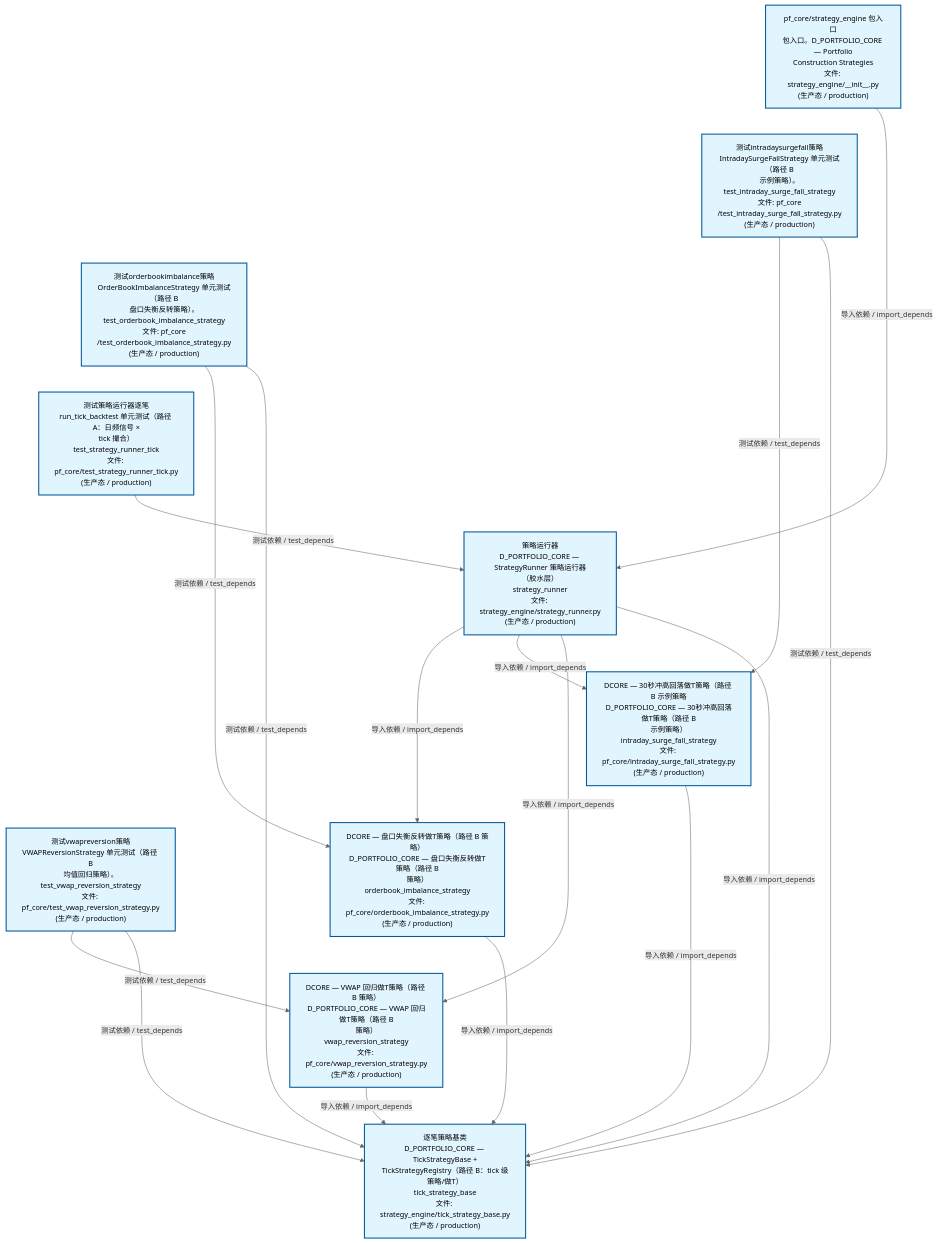
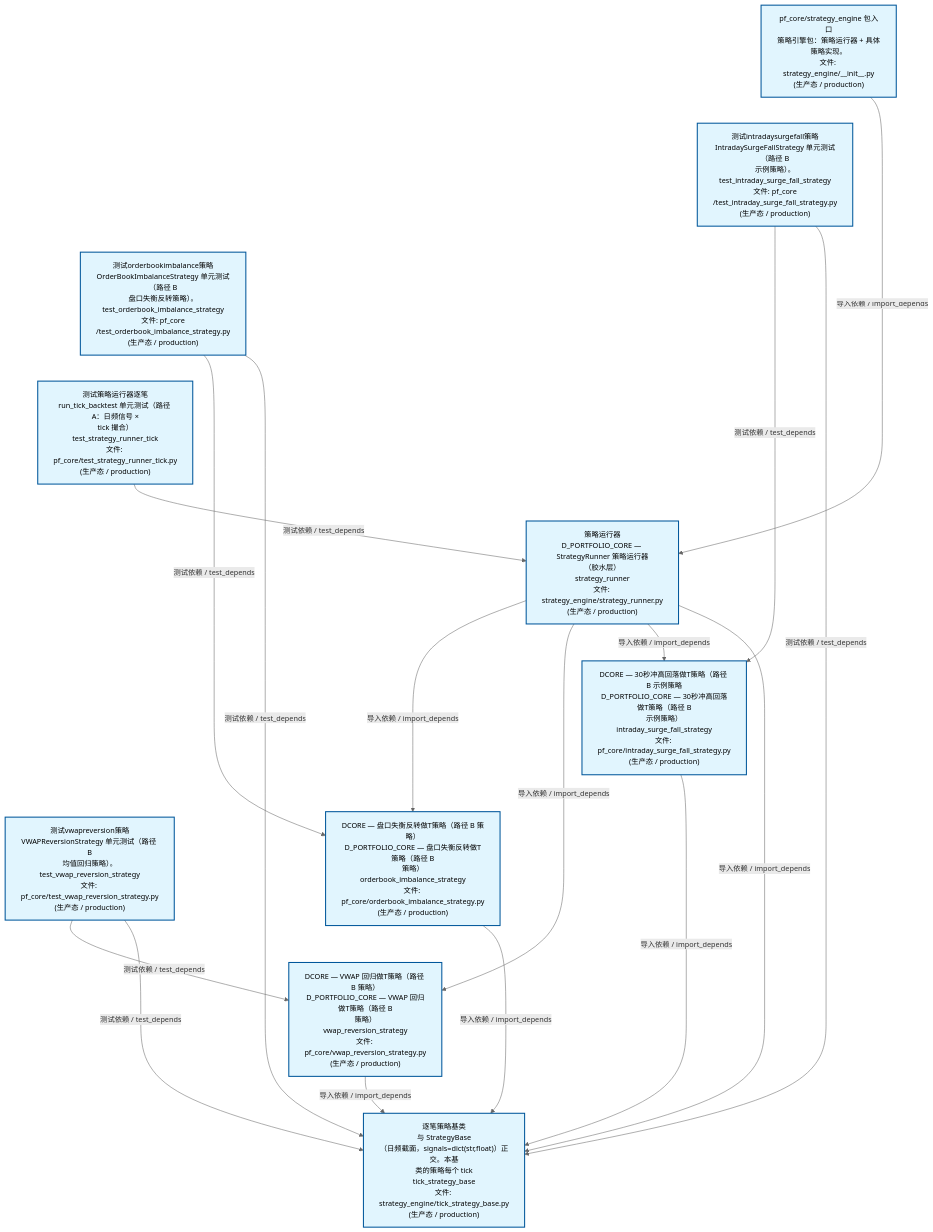
Before and after one commit to xuanFelixVan/ZephyrAlpha: the second of 4 diagrams in docs/02_enterprise_architecture/02_domain_architecture_docs/63_d_pf_core.md, drawn with Mermaid. The commit also changed other lines of this file and 48 other files, not shown here.

````diff
--- a/docs/02_enterprise_architecture/02_domain_architecture_docs/63_d_pf_core.md
+++ b/docs/02_enterprise_architecture/02_domain_architecture_docs/63_d_pf_core.md
@@ -135,40 +135,40 @@
 ```mermaid
 %%{init: {'theme': 'base', 'themeVariables': {'primaryColor': '#eaeaea', 'primaryTextColor': '#333333', 'primaryBorderColor': '#666666', 'lineColor': '#666666', 'secondaryColor': '#eaeaea', 'tertiaryColor': '#eaeaea', 'fontSize': '14px'}}}%%
 flowchart TD
-    src_zephyr_pf_core_strategy_engine_init_py["pf_core/strategy_engine 包入口<br/>包入口。D_PORTFOLIO_CORE — Portfolio<br/>Construction Strategies<br/>文件: strategy_engine/__init__.py<br/>(生产态 / production)"]
+    src_zephyr_pf_core_strategy_engine_init_py["pf_core/strategy_engine 包入口<br/>策略引擎包：策略运行器 + 具体策略实现。<br/>文件: strategy_engine/__init__.py<br/>(生产态 / production)"]
     tests_pf_core_test_intraday_surge_fall_strategy_py["测试intradaysurgefall策略<br/>IntradaySurgeFallStrategy 单元测试（路径 B<br/>示例策略）。<br/>test_intraday_surge_fall_strategy<br/>文件: pf_core<br/>/test_intraday_surge_fall_strategy.py<br/>(生产态 / production)"]
     tests_pf_core_test_orderbook_imbalance_strategy_py["测试orderbookimbalance策略<br/>OrderBookImbalanceStrategy 单元测试（路径 B<br/>盘口失衡反转策略）。<br/>test_orderbook_imbalance_strategy<br/>文件: pf_core<br/>/test_orderbook_imbalance_strategy.py<br/>(生产态 / production)"]
     tests_pf_core_test_strategy_runner_tick_py["测试策略运行器逐笔<br/>run_tick_backtest 单元测试（路径 A：日频信号 ×<br/>tick 撮合）<br/>test_strategy_runner_tick<br/>文件: pf_core/test_strategy_runner_tick.py<br/>(生产态 / production)"]
     tests_pf_core_test_vwap_reversion_strategy_py["测试vwapreversion策略<br/>VWAPReversionStrategy 单元测试（路径 B<br/>均值回归策略）。<br/>test_vwap_reversion_strategy<br/>文件: pf_core/test_vwap_reversion_strategy.py<br/>(生产态 / production)"]
     src_zephyr_pf_core_strategy_engine_init_py ~~~ tests_pf_core_test_intraday_surge_fall_strategy_py
     tests_pf_core_test_intraday_surge_fall_strategy_py ~~~ tests_pf_core_test_orderbook_imbalance_strategy_py
     tests_pf_core_test_orderbook_imbalance_strategy_py ~~~ tests_pf_core_test_strategy_runner_tick_py
     tests_pf_core_test_strategy_runner_tick_py ~~~ tests_pf_core_test_vwap_reversion_strategy_py
     src_zephyr_pf_core_strategy_engine_strategy_runner_py["策略运行器<br/>D_PORTFOLIO_CORE — StrategyRunner 策略运行器<br/>（胶水层）<br/>strategy_runner<br/>文件: strategy_engine/strategy_runner.py<br/>(生产态 / production)"]
     src_zephyr_pf_core_intraday_surge_fall_strategy_py["DCORE — 30秒冲高回落做T策略（路径 B 示例策略<br/>D_PORTFOLIO_CORE — 30秒冲高回落做T策略（路径 B<br/>示例策略）<br/>intraday_surge_fall_strategy<br/>文件: pf_core/intraday_surge_fall_strategy.py<br/>(生产态 / production)"]
     src_zephyr_pf_core_orderbook_imbalance_strategy_py["DCORE — 盘口失衡反转做T策略（路径 B 策略）<br/>D_PORTFOLIO_CORE — 盘口失衡反转做T策略（路径 B<br/>策略）<br/>orderbook_imbalance_strategy<br/>文件: pf_core/orderbook_imbalance_strategy.py<br/>(生产态 / production)"]
     src_zephyr_pf_core_vwap_reversion_strategy_py["DCORE — VWAP 回归做T策略（路径 B 策略）<br/>D_PORTFOLIO_CORE — VWAP 回归做T策略（路径 B<br/>策略）<br/>vwap_reversion_strategy<br/>文件: pf_core/vwap_reversion_strategy.py<br/>(生产态 / production)"]
     src_zephyr_pf_core_intraday_surge_fall_strategy_py ~~~ src_zephyr_pf_core_orderbook_imbalance_strategy_py
     src_zephyr_pf_core_orderbook_imbalance_strategy_py ~~~ src_zephyr_pf_core_vwap_reversion_strategy_py
-    src_zephyr_pf_core_strategy_engine_tick_strategy_base_py["逐笔策略基类<br/>D_PORTFOLIO_CORE — TickStrategyBase +<br/>TickStrategyRegistry（路径 B：tick 级策略/做T）<br/>tick_strategy_base<br/>文件: strategy_engine/tick_strategy_base.py<br/>(生产态 / production)"]
+    src_zephyr_pf_core_strategy_engine_tick_strategy_base_py["逐笔策略基类<br/>与 StrategyBase<br/>（日频截面，signals=dict(str,float)）正交。本基<br/>类的策略每个 tick<br/>tick_strategy_base<br/>文件: strategy_engine/tick_strategy_base.py<br/>(生产态 / production)"]
     src_zephyr_pf_core_orderbook_imbalance_strategy_py -->|导入依赖 / import_depends| src_zephyr_pf_core_strategy_engine_tick_strategy_base_py
+    src_zephyr_pf_core_vwap_reversion_strategy_py -->|导入依赖 / import_depends| src_zephyr_pf_core_strategy_engine_tick_strategy_base_py
     src_zephyr_pf_core_intraday_surge_fall_strategy_py -->|导入依赖 / import_depends| src_zephyr_pf_core_strategy_engine_tick_strategy_base_py
-    src_zephyr_pf_core_vwap_reversion_strategy_py -->|导入依赖 / import_depends| src_zephyr_pf_core_strategy_engine_tick_strategy_base_py
+    src_zephyr_pf_core_strategy_engine_strategy_runner_py -->|导入依赖 / import_depends| src_zephyr_pf_core_orderbook_imbalance_strategy_py
+    src_zephyr_pf_core_strategy_engine_strategy_runner_py -->|导入依赖 / import_depends| src_zephyr_pf_core_vwap_reversion_strategy_py
+    src_zephyr_pf_core_strategy_engine_strategy_runner_py -->|导入依赖 / import_depends| src_zephyr_pf_core_intraday_surge_fall_strategy_py
+    src_zephyr_pf_core_strategy_engine_strategy_runner_py -->|导入依赖 / import_depends| src_zephyr_pf_core_strategy_engine_tick_strategy_base_py
     src_zephyr_pf_core_strategy_engine_init_py -->|导入依赖 / import_depends| src_zephyr_pf_core_strategy_engine_strategy_runner_py
-    src_zephyr_pf_core_strategy_engine_strategy_runner_py -->|导入依赖 / import_depends| src_zephyr_pf_core_orderbook_imbalance_strategy_py
-    src_zephyr_pf_core_strategy_engine_strategy_runner_py -->|导入依赖 / import_depends| src_zephyr_pf_core_intraday_surge_fall_strategy_py
-    src_zephyr_pf_core_strategy_engine_strategy_runner_py -->|导入依赖 / import_depends| src_zephyr_pf_core_vwap_reversion_strategy_py
-    src_zephyr_pf_core_strategy_engine_strategy_runner_py -->|导入依赖 / import_depends| src_zephyr_pf_core_strategy_engine_tick_strategy_base_py
+    tests_pf_core_test_orderbook_imbalance_strategy_py -->|测试依赖 / test_depends| src_zephyr_pf_core_orderbook_imbalance_strategy_py
+    tests_pf_core_test_orderbook_imbalance_strategy_py -->|测试依赖 / test_depends| src_zephyr_pf_core_strategy_engine_tick_strategy_base_py
     tests_pf_core_test_intraday_surge_fall_strategy_py -->|测试依赖 / test_depends| src_zephyr_pf_core_intraday_surge_fall_strategy_py
     tests_pf_core_test_intraday_surge_fall_strategy_py -->|测试依赖 / test_depends| src_zephyr_pf_core_strategy_engine_tick_strategy_base_py
-    tests_pf_core_test_strategy_runner_tick_py -->|测试依赖 / test_depends| src_zephyr_pf_core_strategy_engine_strategy_runner_py
     tests_pf_core_test_vwap_reversion_strategy_py -->|测试依赖 / test_depends| src_zephyr_pf_core_vwap_reversion_strategy_py
     tests_pf_core_test_vwap_reversion_strategy_py -->|测试依赖 / test_depends| src_zephyr_pf_core_strategy_engine_tick_strategy_base_py
-    tests_pf_core_test_orderbook_imbalance_strategy_py -->|测试依赖 / test_depends| src_zephyr_pf_core_orderbook_imbalance_strategy_py
-    tests_pf_core_test_orderbook_imbalance_strategy_py -->|测试依赖 / test_depends| src_zephyr_pf_core_strategy_engine_tick_strategy_base_py
+    tests_pf_core_test_strategy_runner_tick_py -->|测试依赖 / test_depends| src_zephyr_pf_core_strategy_engine_strategy_runner_py
     classDef production fill:#e1f5fe,stroke:#01579b,stroke-width:2px,color:#000
     classDef design fill:#fff3e0,stroke:#e65100,stroke-width:2px,color:#000,stroke-dasharray: 5 5
     classDef external_prod fill:#e8f4fd,stroke:#0277bd,stroke-width:1px,color:#000
     classDef external_design fill:#fff8e7,stroke:#ef6c00,stroke-width:1px,color:#000,stroke-dasharray: 5 5
     class src_zephyr_pf_core_intraday_surge_fall_strategy_py,src_zephyr_pf_core_orderbook_imbalance_strategy_py,src_zephyr_pf_core_strategy_engine_init_py,src_zephyr_pf_core_strategy_engine_strategy_runner_py,src_zephyr_pf_core_strategy_engine_tick_strategy_base_py,src_zephyr_pf_core_vwap_reversion_strategy_py,tests_pf_core_test_intraday_surge_fall_strategy_py,tests_pf_core_test_orderbook_imbalance_strategy_py,tests_pf_core_test_strategy_runner_tick_py,tests_pf_core_test_vwap_reversion_strategy_py production
 ```
````
